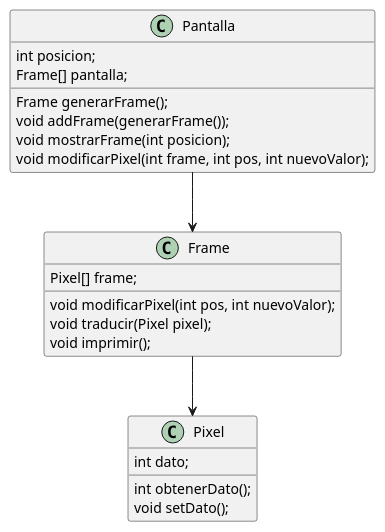
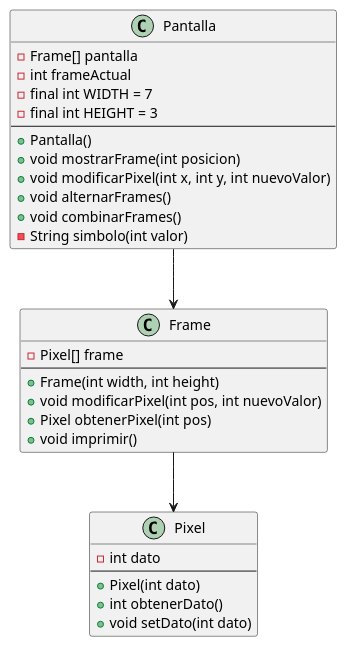
The diagram in entregas/celayaIker/Ejercicio1/diagrama.puml (mmasias/24-25-EDA2), drawn with PlantUML before and after one commit. The commit also changed 4 other files, not shown here.

```diff
--- a/entregas/celayaIker/Ejercicio1/diagrama.puml
+++ b/entregas/celayaIker/Ejercicio1/diagrama.puml
@@ -1,27 +1,35 @@
 @startuml
-
-class Pixel{
-  int dato;
-  int obtenerDato();
-  void setDato();
+class Pantalla {
+    - Frame[] pantalla
+    - int frameActual
+    - final int WIDTH = 7
+    - final int HEIGHT = 3
+    --
+    + Pantalla()
+    + void mostrarFrame(int posicion)
+    + void modificarPixel(int x, int y, int nuevoValor)
+    + void alternarFrames()
+    + void combinarFrames()
+    - String simbolo(int valor)
 }
 
-class Frame{
-  Pixel[] frame;
-  void modificarPixel(int pos, int nuevoValor);
-  void traducir(Pixel pixel);
-  void imprimir();
+class Frame {
+    - Pixel[] frame
+    --
+    + Frame(int width, int height)
+    + void modificarPixel(int pos, int nuevoValor)
+    + Pixel obtenerPixel(int pos)
+    + void imprimir()
 }
 
-class Pantalla{
-  int posicion;
-  Frame[] pantalla;
-  Frame generarFrame();
-  void addFrame(generarFrame());
-  void mostrarFrame(int posicion);
-  void modificarPixel(int frame, int pos, int nuevoValor);
+class Pixel {
+    - int dato
+    --
+    + Pixel(int dato)
+    + int obtenerDato()
+    + void setDato(int dato)
 }
 
+Pantalla --> Frame
 Frame --> Pixel
-Pantalla --> Frame
 @enduml
```
